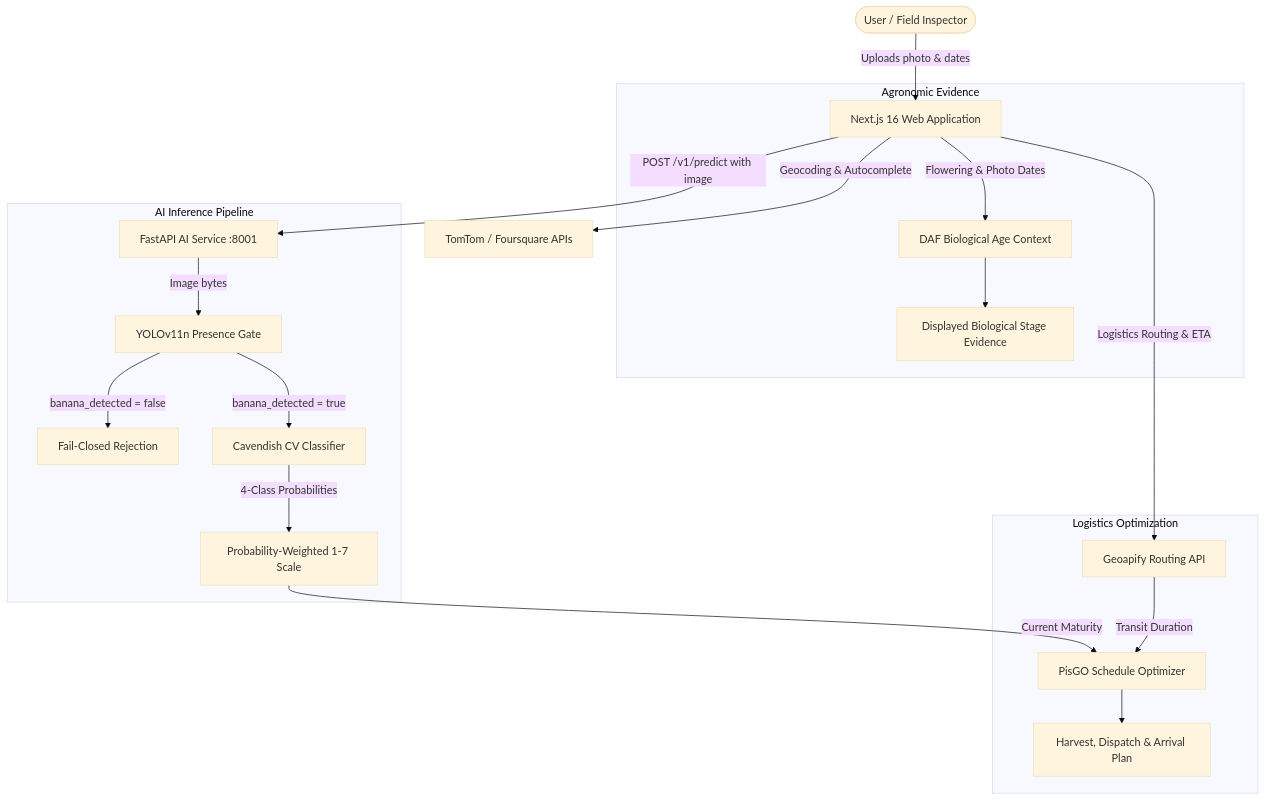
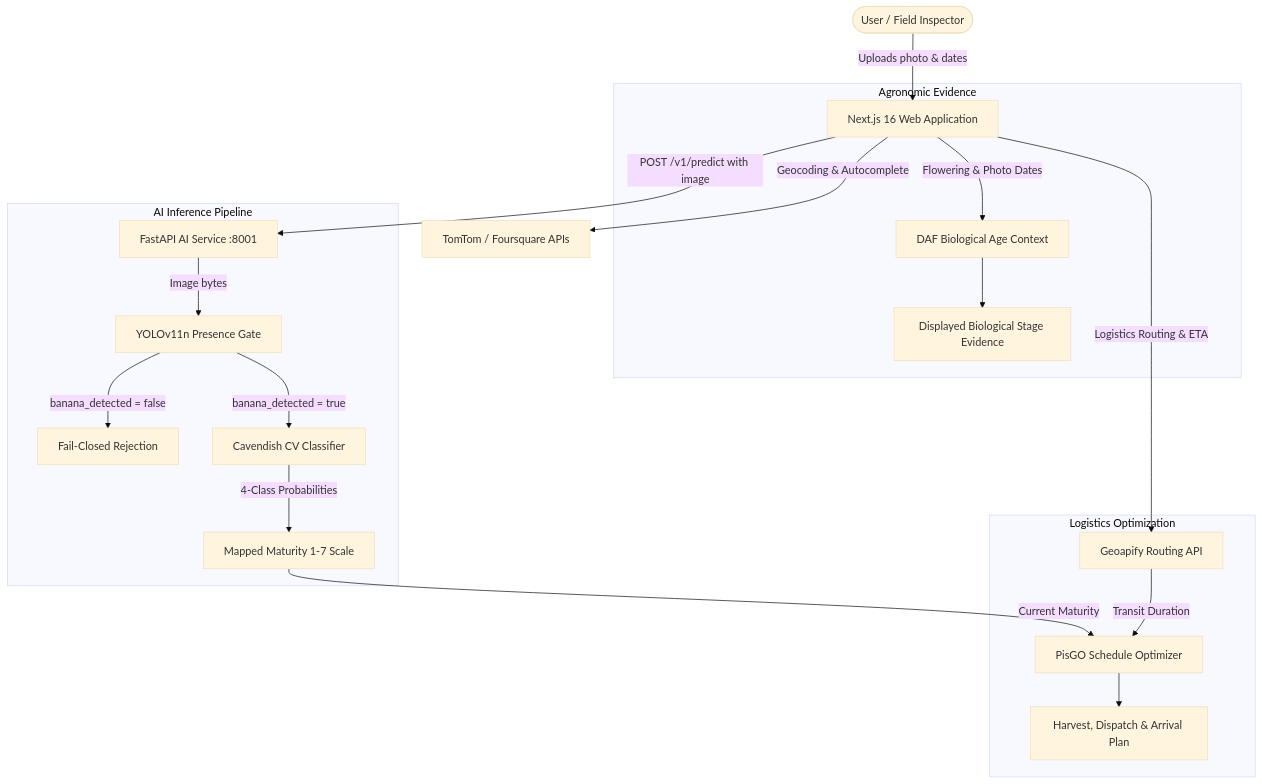
Before and after one commit to Vluuuu/pisgo: the diagram in README.md, drawn with Mermaid (base theme). The commit also changed other lines of this file, not shown here.

````diff
--- a/README.md
+++ b/README.md
@@ -37,25 +32,25 @@
 ```mermaid
 graph TD
     User([User / Field Inspector]) -->|Uploads photo & dates| WebApp[Next.js 16 Web Application]
     WebApp -->|Geocoding & Autocomplete| TomTom[TomTom / Foursquare APIs]
     WebApp -->|Logistics Routing & ETA| Geoapify[Geoapify Routing API]
     WebApp -->|POST /v1/predict with image| AIService[FastAPI AI Service :8001]
 
     subgraph "AI Inference Pipeline"
         AIService -->|Image bytes| YOLO[YOLOv11n Presence Gate]
         YOLO -->|banana_detected = false| Reject[Fail-Closed Rejection]
         YOLO -->|banana_detected = true| Classifier[Cavendish CV Classifier]
-        Classifier -->|4-Class Probabilities| MaturityBlend[Probability-Weighted 1-7 Scale]
+        Classifier -->|4-Class Probabilities| MaturityBlend[Mapped Maturity 1-7 Scale]
     end
 
     subgraph "Agronomic Evidence"
         WebApp -->|Flowering & Photo Dates| DAFCalc[DAF Biological Age Context]
         DAFCalc --> DAFDisplay[Displayed Biological Stage Evidence]
     end
 
     subgraph "Logistics Optimization"
         MaturityBlend -->|Current Maturity| Optimizer[PisGO Schedule Optimizer]
         Geoapify -->|Transit Duration| Optimizer
         Optimizer --> Output[Harvest, Dispatch & Arrival Plan]
     end
 ```
````
